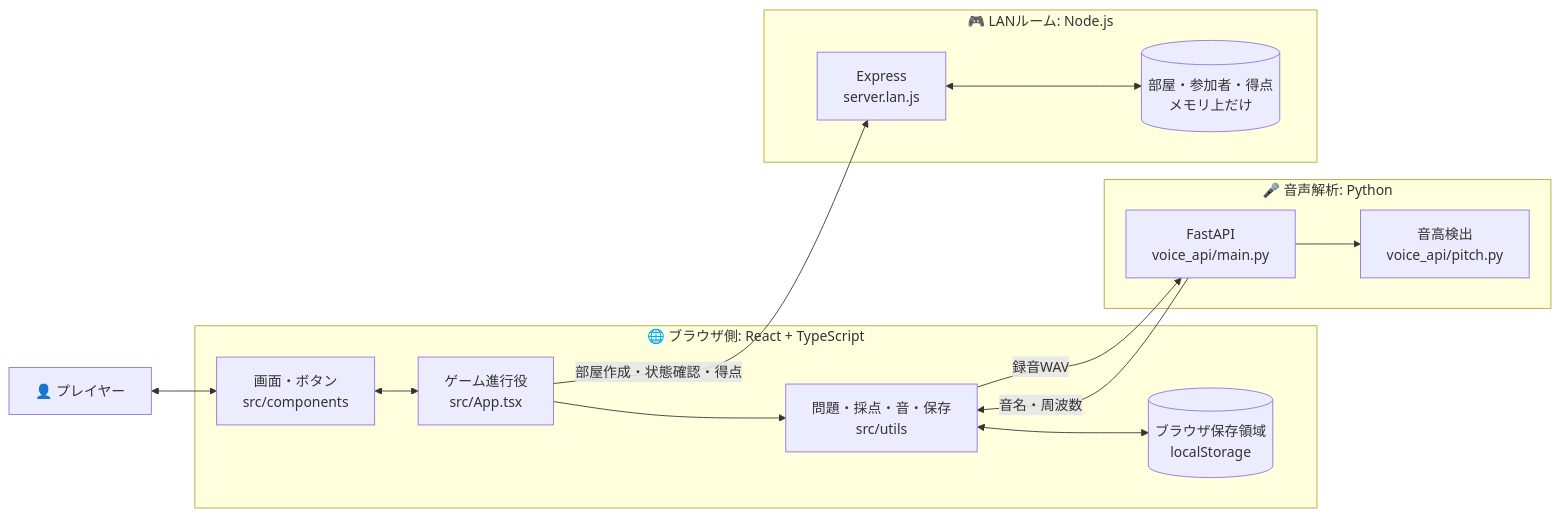
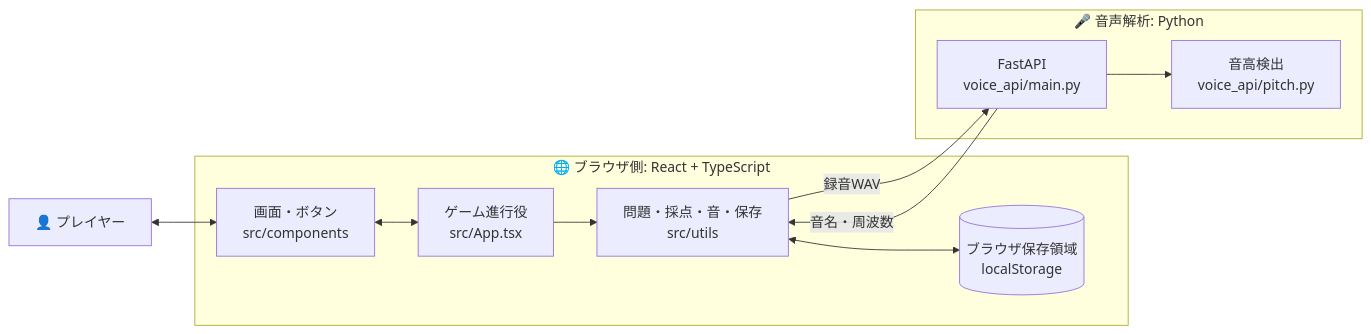
One commit to TwilliumZ/pitch-training changed the first of 5 diagrams in BEGINNER_GUIDE.md. Above: the diagram before and after it, drawn with Mermaid. The commit also changed other lines of this file and 36 other files, not shown here.

````diff
--- a/BEGINNER_GUIDE.md
+++ b/BEGINNER_GUIDE.md
@@ -27,27 +26,21 @@
 ```mermaid
 flowchart LR
     U[👤 プレイヤー]
     subgraph Browser[🌐 ブラウザ側: React + TypeScript]
       UI[画面・ボタン<br/>src/components]
       APP[ゲーム進行役<br/>src/App.tsx]
       UTIL[問題・採点・音・保存<br/>src/utils]
       STORE[(ブラウザ保存領域<br/>localStorage)]
       UI <--> APP
       APP --> UTIL
       UTIL <--> STORE
     end
     subgraph Voice[🎤 音声解析: Python]
       API[FastAPI<br/>voice_api/main.py]
       PITCH[音高検出<br/>voice_api/pitch.py]
       API --> PITCH
     end
-    subgraph LAN[🎮 LANルーム: Node.js]
-      SERVER[Express<br/>server.lan.js]
-      MEMORY[(部屋・参加者・得点<br/>メモリ上だけ)]
-      SERVER <--> MEMORY
-    end
     U <--> UI
     UTIL -- 録音WAV --> API
     API -- 音名・周波数 --> UTIL
-    APP -- 部屋作成・状態確認・得点 --> SERVER
 ```
````
